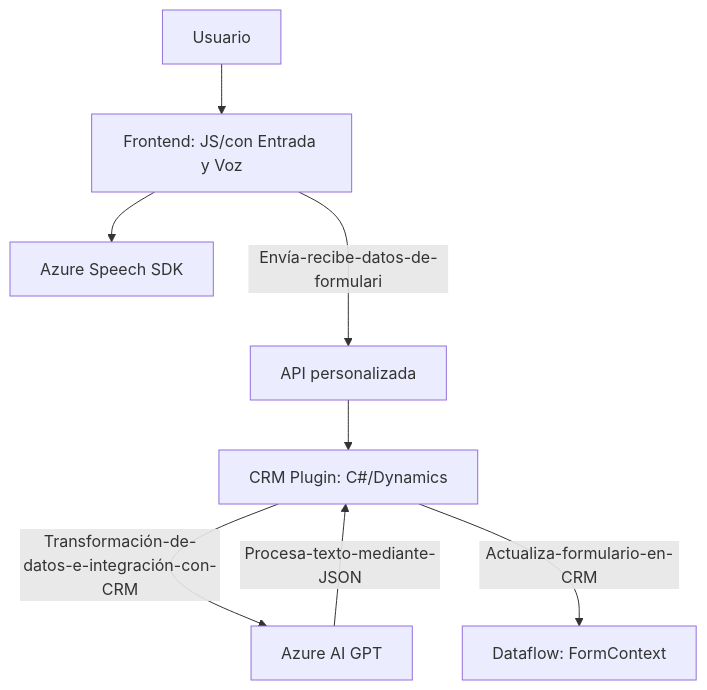
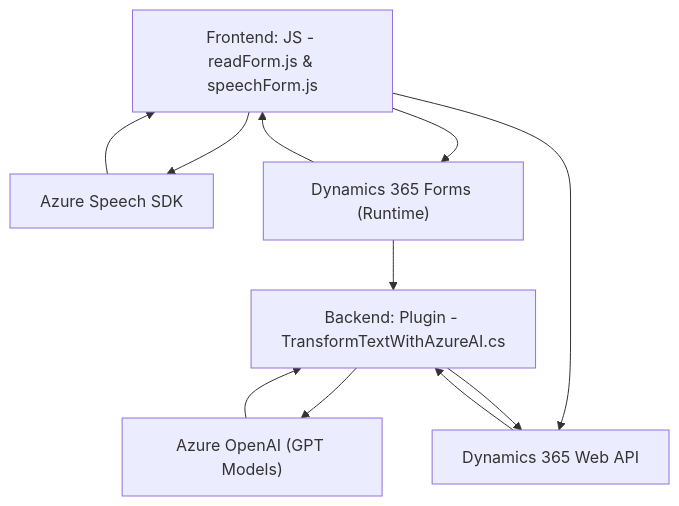
The diagram in README.md (blopezdm/NETCORE_BILBAO2025), drawn with Mermaid before and after one commit. The commit also changed other lines of this file, not shown here.

Commit message:
Actualizar análisis global de la solución con IA

````diff
--- a/README.md
+++ b/README.md
@@ -46,18 +60,20 @@
 ```mermaid
 graph TD
-    A[Usuario]
-    B[Frontend: JS/con Entrada y Voz]
-    C[Azure Speech SDK]
-    D[API personalizada]
-    E[CRM Plugin: C#/Dynamics]
-    F[Azure AI GPT]
-    G[Dataflow: FormContext]
+    A["Frontend: JS - readForm.js & speechForm.js"]
+    B["Azure Speech SDK"]
+    C["Dynamics 365 Forms (Runtime)"]
+    D["Backend: Plugin - TransformTextWithAzureAI.cs"]
+    E["Azure OpenAI (GPT Models)"]
+    F["Dynamics 365 Web API"]
 
     A --> B
-    B --> C
-    B --Envía-recibe-datos-de-formulario--> D
+    A --> C
+    A --> F
+    B --> A
+    C --> A
+    C --> D
     D --> E
-    E --Transformación-de-datos-e-integración-con-CRM--> F
-    F --Procesa-texto-mediante-JSON--> E
-    E --Actualiza-formulario-en-CRM--> G
+    E --> D
+    D --> F
+    F --> D
 ```
````
